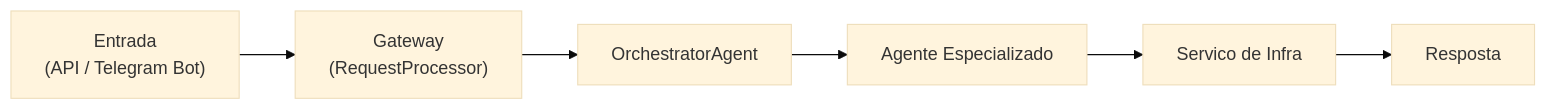
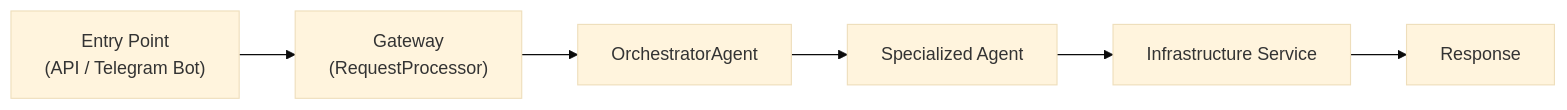
The diagram in README.md (cotah/capivarex), drawn with Mermaid (base theme) before and after one commit. The commit also changed other lines of this file, not shown here.

Commit message:
docs: update README — accurate features, architecture, and setup instructions

````diff
--- a/README.md
+++ b/README.md
@@ -57,11 +58,8 @@
 ```mermaid
 flowchart LR
-    A["Entrada\n(API / Telegram Bot)"]
-    B["Gateway\n(RequestProcessor)"]
-    C["OrchestratorAgent"]
-    D["Agente Especializado"]
-    E["Servico de Infra"]
-    F["Resposta"]
-
-    A --> B --> C --> D --> E --> F
+    A["Entry Point\n(API / Telegram Bot)"] --> B["Gateway\n(RequestProcessor)"]
+    B --> C["OrchestratorAgent"]
+    C --> D["Specialized Agent"]
+    D --> E["Infrastructure Service"]
+    E --> F["Response"]
 ```
````
